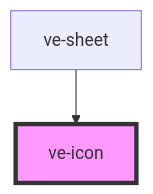
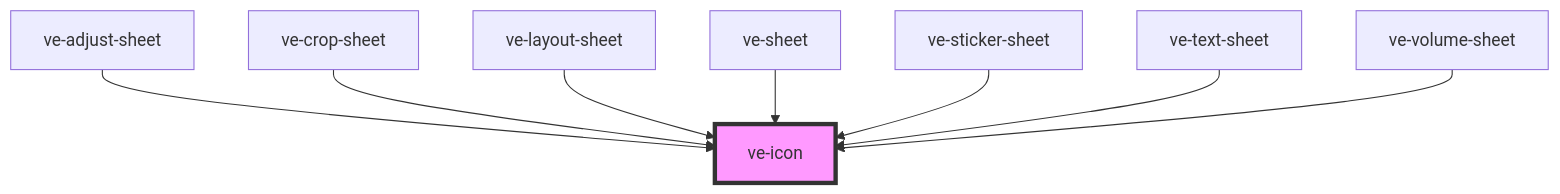
One commit to dotnetdreamer/capacitor-video-kit changed the diagram in src/components/ve-icon/readme.md. Above: the diagram before and after it, drawn with Mermaid. The commit also changed other lines of this file and 44 other files, not shown here.

````diff
--- a/src/components/ve-icon/readme.md
+++ b/src/components/ve-icon/readme.md
@@ -37,5 +43,11 @@
 ```mermaid
 graph TD;
+  ve-adjust-sheet --> ve-icon
+  ve-crop-sheet --> ve-icon
+  ve-layout-sheet --> ve-icon
   ve-sheet --> ve-icon
+  ve-sticker-sheet --> ve-icon
+  ve-text-sheet --> ve-icon
+  ve-volume-sheet --> ve-icon
   style ve-icon fill:#f9f,stroke:#333,stroke-width:4px
 ```
````
